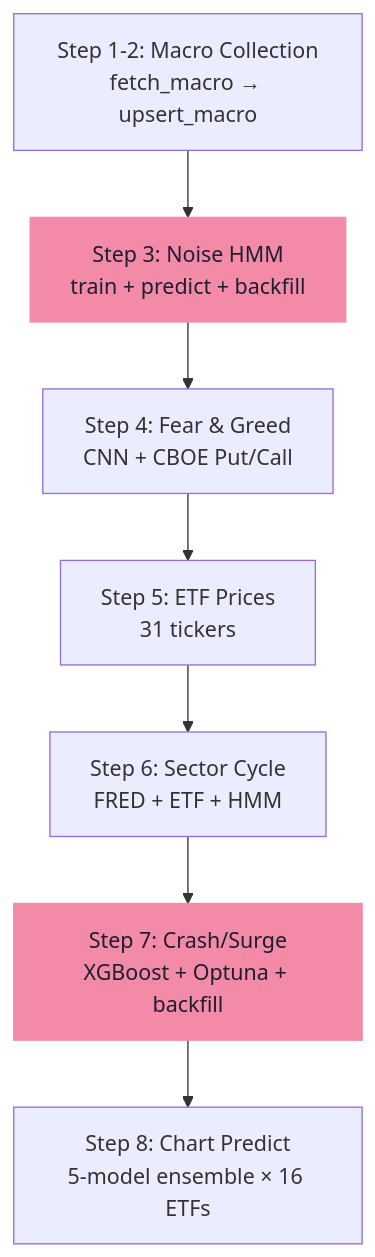
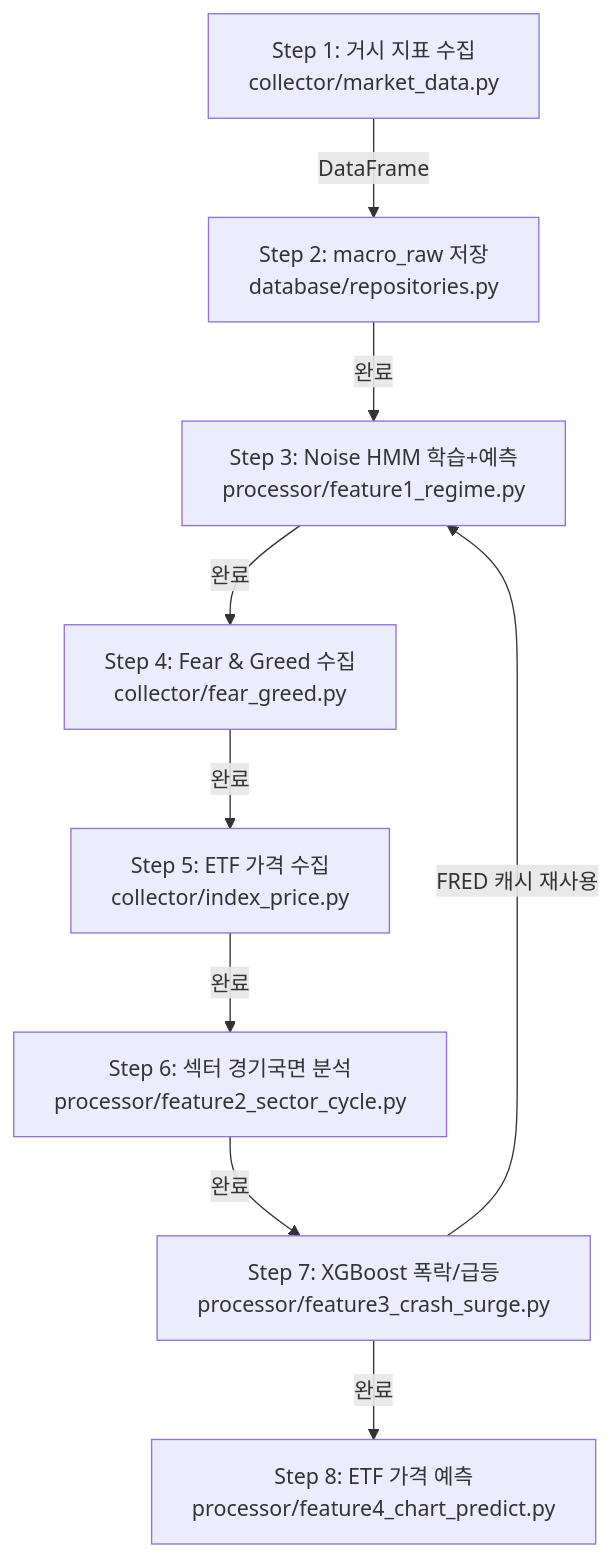
The diagram in .omm/pipeline/full-pipeline/diagram.mmd (wonderfulawsome/Asset-Analysis-Platform), drawn with Mermaid before and after one commit. The commit also changed 153 other files, not shown here.

```diff
--- a/.omm/pipeline/full-pipeline/diagram.mmd
+++ b/.omm/pipeline/full-pipeline/diagram.mmd
@@ -1,18 +1,18 @@
 graph TD
-    step1["Step 1-2: Macro Collection\nfetch_macro → upsert_macro"]
-    step3["Step 3: Noise HMM\ntrain + predict + backfill"]
-    step4["Step 4: Fear & Greed\nCNN + CBOE Put/Call"]
-    step5["Step 5: ETF Prices\n31 tickers"]
-    step6["Step 6: Sector Cycle\nFRED + ETF + HMM"]
-    step7["Step 7: Crash/Surge\nXGBoost + Optuna + backfill"]
-    step8["Step 8: Chart Predict\n5-model ensemble × 16 ETFs"]
+    step1["Step 1: 거시 지표 수집\ncollector/market_data.py"]
+    step2["Step 2: macro_raw 저장\ndatabase/repositories.py"]
+    step3["Step 3: Noise HMM 학습+예측\nprocessor/feature1_regime.py"]
+    step4["Step 4: Fear & Greed 수집\ncollector/fear_greed.py"]
+    step5["Step 5: ETF 가격 수집\ncollector/index_price.py"]
+    step6["Step 6: 섹터 경기국면 분석\nprocessor/feature2_sector_cycle.py"]
+    step7["Step 7: XGBoost 폭락/급등\nprocessor/feature3_crash_surge.py"]
+    step8["Step 8: ETF 가격 예측\nprocessor/feature4_chart_predict.py"]
 
-    step1 --> step3
-    step3 --> step4
-    step4 --> step5
-    step5 --> step6
-    step6 --> step7
-    step7 --> step8
-
-    classDef concern fill:#f38ba8,stroke:#f38ba8,color:#1e1e2e
-    class step3,step7 concern
+    step1 -->|"DataFrame"| step2
+    step2 -->|"완료"| step3
+    step3 -->|"완료"| step4
+    step4 -->|"완료"| step5
+    step5 -->|"완료"| step6
+    step6 -->|"완료"| step7
+    step7 -->|"FRED 캐시 재사용"| step3
+    step7 -->|"완료"| step8
```
